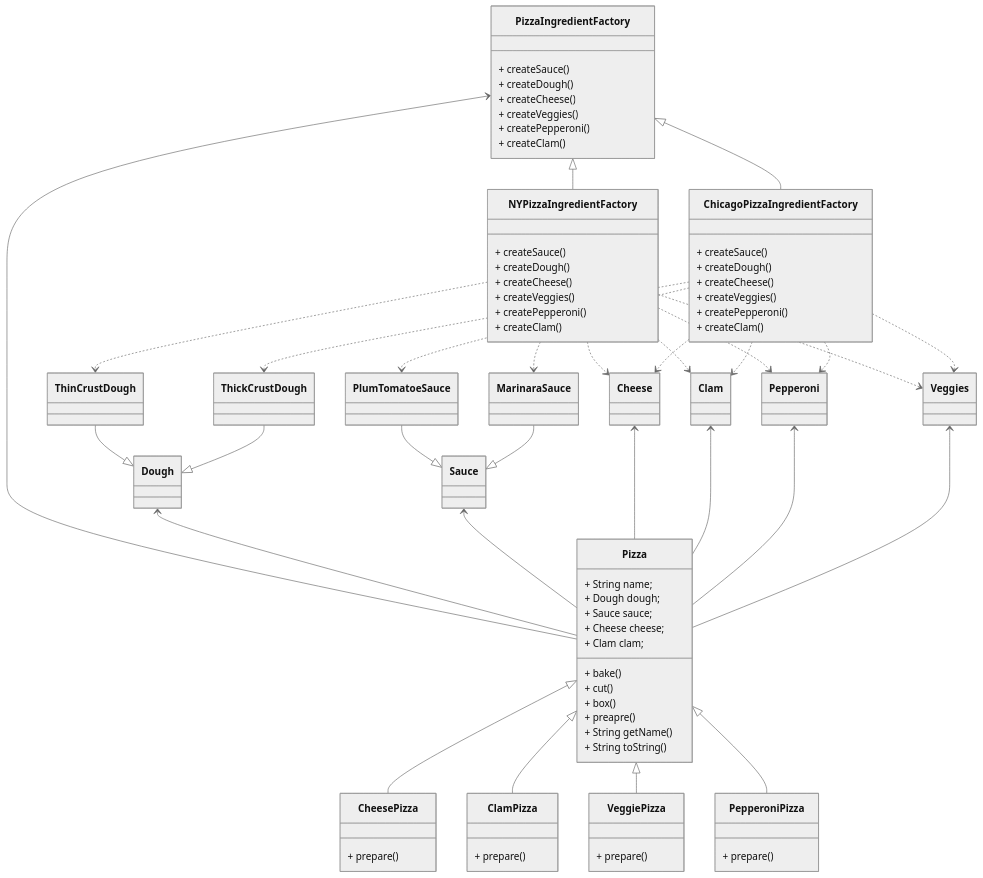
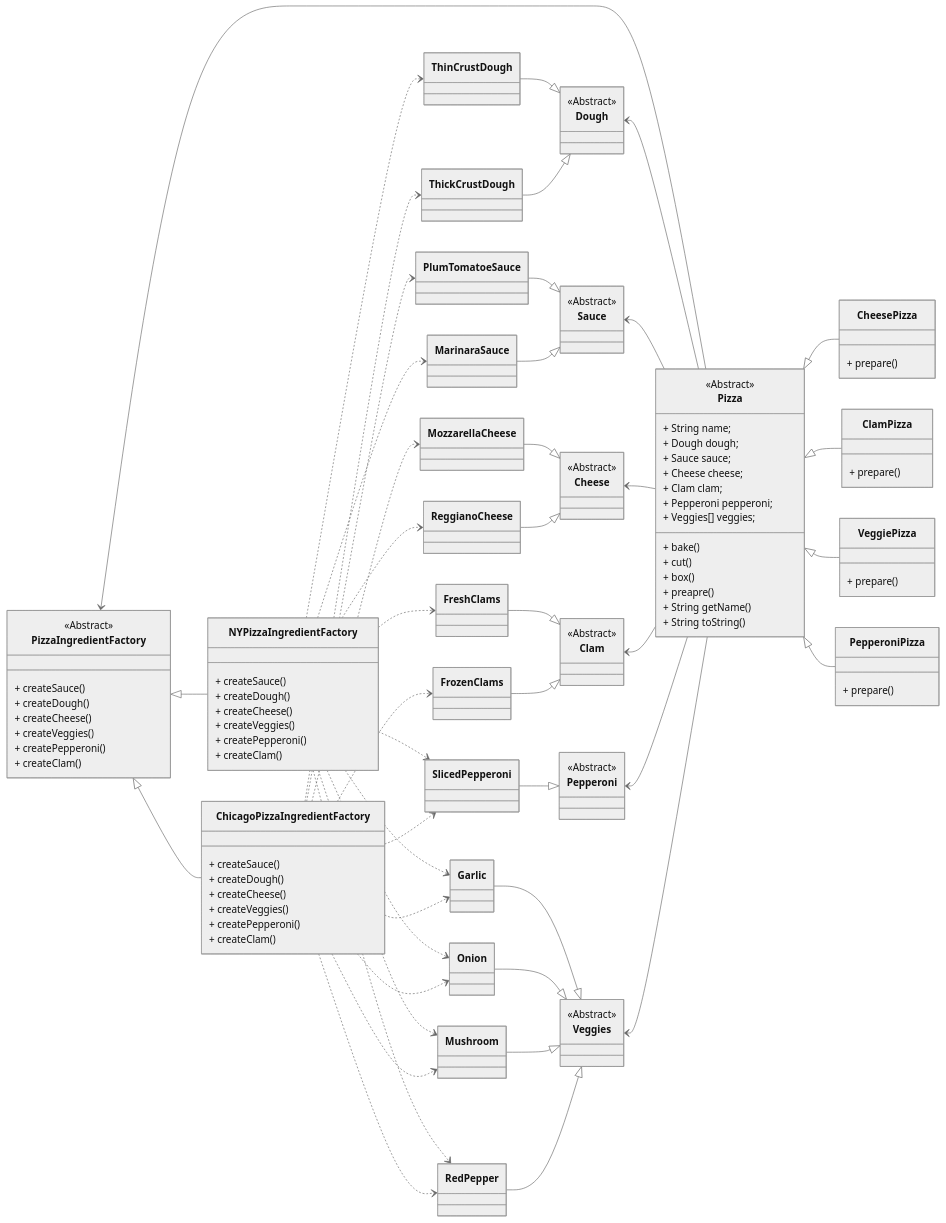
Before and after one commit to dyc3/ssw345-group-assignments: the first of 3 diagrams in Figures/abstractFactory/figures-source.md, drawn with Mermaid (neutral theme). The commit also changed other lines of this file and 27 other files, not shown here.

First line of the commit message:
Update abstract factory hw (#14)

````diff
--- a/Figures/abstractFactory/figures-source.md
+++ b/Figures/abstractFactory/figures-source.md
@@ -1,6 +3,8 @@
 ```mermaid
 classDiagram
+    direction LR
     class PizzaIngredientFactory {
+        <<Abstract>>
         + createSauce()
         + createDough()
         + createCheese()
@@ -28,11 +32,14 @@
     }
 
     class Pizza{
+        <<Abstract>>
         + String name;
 	    + Dough dough;
 	    + Sauce sauce;
 	    + Cheese cheese;
 	    + Clam clam;
+        + Pepperoni pepperoni;
+        + Veggies[] veggies;
         + bake()
         + cut()
         + box()
@@ -55,13 +62,42 @@
     }
 
     PizzaIngredientFactory <|-- NYPizzaIngredientFactory
+    PizzaIngredientFactory <|-- ChicagoPizzaIngredientFactory
     PizzaIngredientFactory <-- Pizza
-    PizzaIngredientFactory <|-- ChicagoPizzaIngredientFactory
+
+    class Dough {
+        <<Abstract>>
+    }
+    class Sauce {
+        <<Abstract>>
+    }
+    class Cheese {
+        <<Abstract>>
+    }
+    class Clam {
+        <<Abstract>>
+    }
+    class Pepperoni {
+        <<Abstract>>
+    }
+    class Veggies {
+        <<Abstract>>
+    }
 
     ThinCrustDough --|> Dough
     ThickCrustDough --|> Dough
     PlumTomatoeSauce --|> Sauce
     MarinaraSauce --|> Sauce
+    FreshClams --|> Clam
+    FrozenClams --|> Clam
+    Garlic --|> Veggies
+    Onion --|> Veggies
+    Mushroom --|> Veggies
+    RedPepper --|> Veggies
+    MozzarellaCheese --|> Cheese
+    ReggianoCheese --|> Cheese
+    SlicedPepperoni --|> Pepperoni
+
     Dough <-- Pizza
     Sauce <-- Pizza
     Cheese <-- Pizza
@@ -70,21 +106,29 @@
     Veggies <-- Pizza
 
 
-    NYPizzaIngredientFactory ..> Cheese
-    ChicagoPizzaIngredientFactory ..> Cheese
-    NYPizzaIngredientFactory ..> Clam
-    ChicagoPizzaIngredientFactory ..> Clam
+    NYPizzaIngredientFactory ..> ReggianoCheese
+    ChicagoPizzaIngredientFactory ..> MozzarellaCheese
+    NYPizzaIngredientFactory ..> FreshClams
+    ChicagoPizzaIngredientFactory ..> FrozenClams
     NYPizzaIngredientFactory ..> ThinCrustDough
     ChicagoPizzaIngredientFactory ..> ThickCrustDough
-    NYPizzaIngredientFactory ..> Pepperoni
-    ChicagoPizzaIngredientFactory ..> Pepperoni
+    NYPizzaIngredientFactory ..> SlicedPepperoni
+    ChicagoPizzaIngredientFactory ..> SlicedPepperoni
     NYPizzaIngredientFactory ..> MarinaraSauce
     ChicagoPizzaIngredientFactory ..> PlumTomatoeSauce
-    NYPizzaIngredientFactory ..> Veggies
-    ChicagoPizzaIngredientFactory ..> Veggies
+    NYPizzaIngredientFactory ..> Garlic
+    ChicagoPizzaIngredientFactory ..> Garlic
+    NYPizzaIngredientFactory ..> Onion
+    ChicagoPizzaIngredientFactory ..> Onion
+    NYPizzaIngredientFactory ..> Mushroom
+    ChicagoPizzaIngredientFactory ..> Mushroom
+    NYPizzaIngredientFactory ..> RedPepper
+    ChicagoPizzaIngredientFactory ..> RedPepper
+
     Pizza <|-- CheesePizza
     Pizza <|-- ClamPizza
     Pizza <|-- VeggiePizza
     Pizza <|-- PepperoniPizza
 
+
 ```
````
